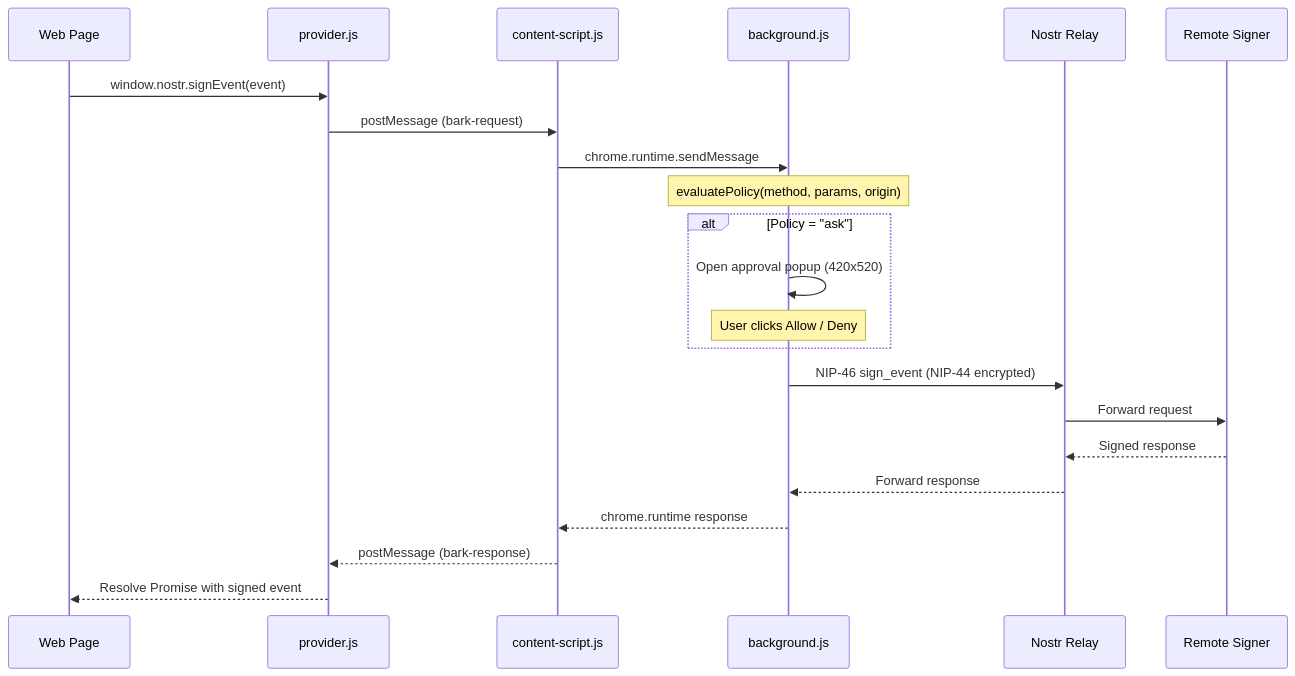
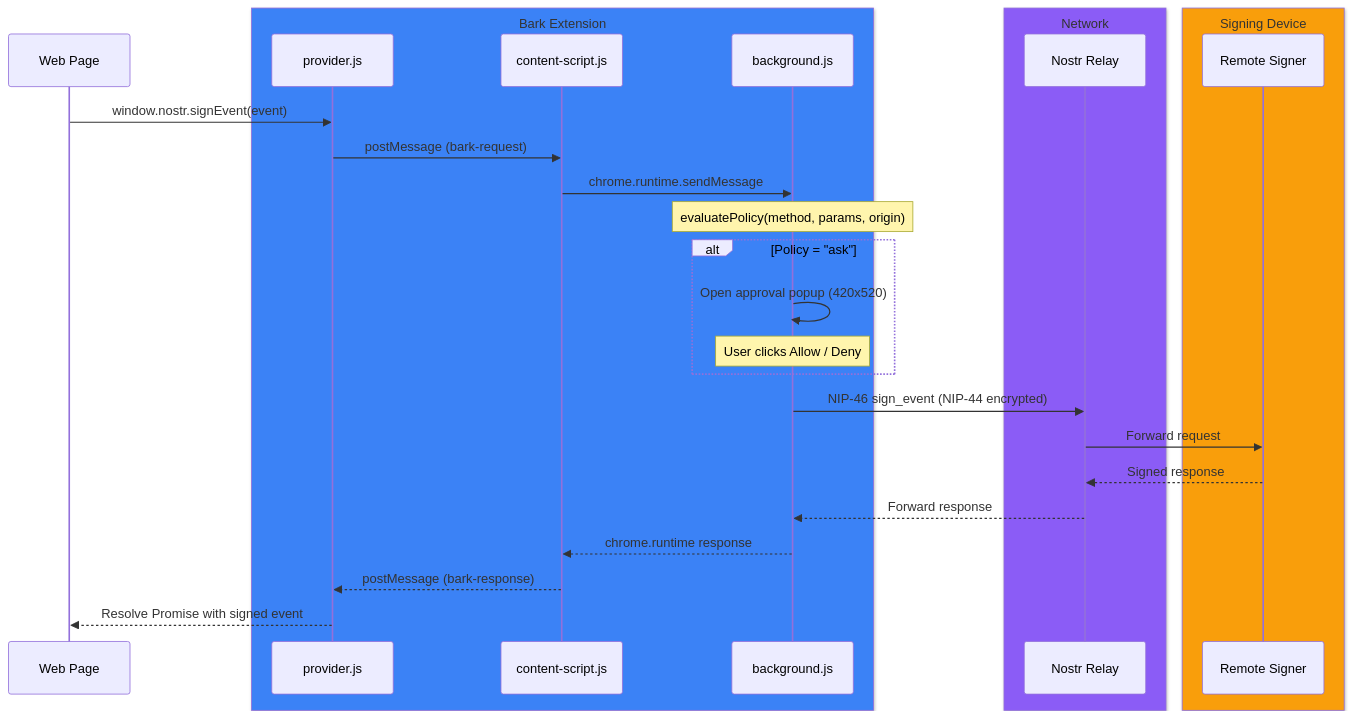
One commit to forgesworn/bark changed the second of 2 diagrams in ARCHITECTURE.md. Above: the diagram before and after it, drawn with Mermaid.

Commit message:
style: add colour boxes to message passing sequence diagram

````diff
--- a/ARCHITECTURE.md
+++ b/ARCHITECTURE.md
@@ -30,28 +30,34 @@
 ```mermaid
 sequenceDiagram
     participant WA as Web Page
-    participant P as provider.js
-    participant CS as content-script.js
-    participant BG as background.js
-    participant R as Nostr Relay
-    participant HW as Remote Signer
+    box rgb(59, 130, 246) Bark Extension
+        participant P as provider.js
+        participant CS as content-script.js
+        participant BG as background.js
+    end
+    box rgb(139, 92, 246) Network
+        participant R as Nostr Relay
+    end
+    box rgb(249, 158, 11) Signing Device
+        participant HW as Remote Signer
+    end
 
     WA->>P: window.nostr.signEvent(event)
     P->>CS: postMessage (bark-request)
     CS->>BG: chrome.runtime.sendMessage
 
     Note over BG: evaluatePolicy(method, params, origin)
     alt Policy = "ask"
         BG->>BG: Open approval popup (420x520)
         Note over BG: User clicks Allow / Deny
     end
 
     BG->>R: NIP-46 sign_event (NIP-44 encrypted)
     R->>HW: Forward request
     HW-->>R: Signed response
     R-->>BG: Forward response
 
     BG-->>CS: chrome.runtime response
     CS-->>P: postMessage (bark-response)
     P-->>WA: Resolve Promise with signed event
 ```
````
